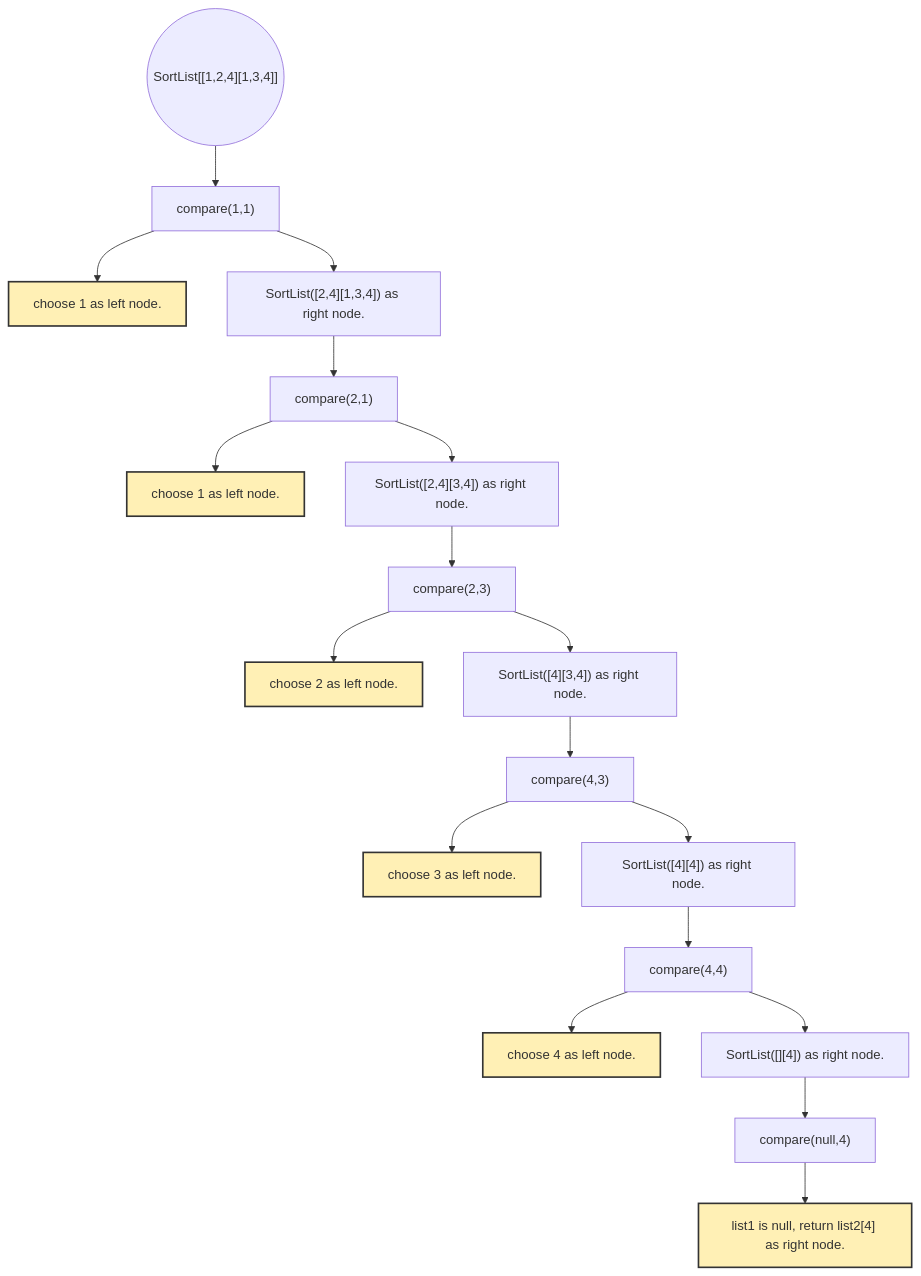
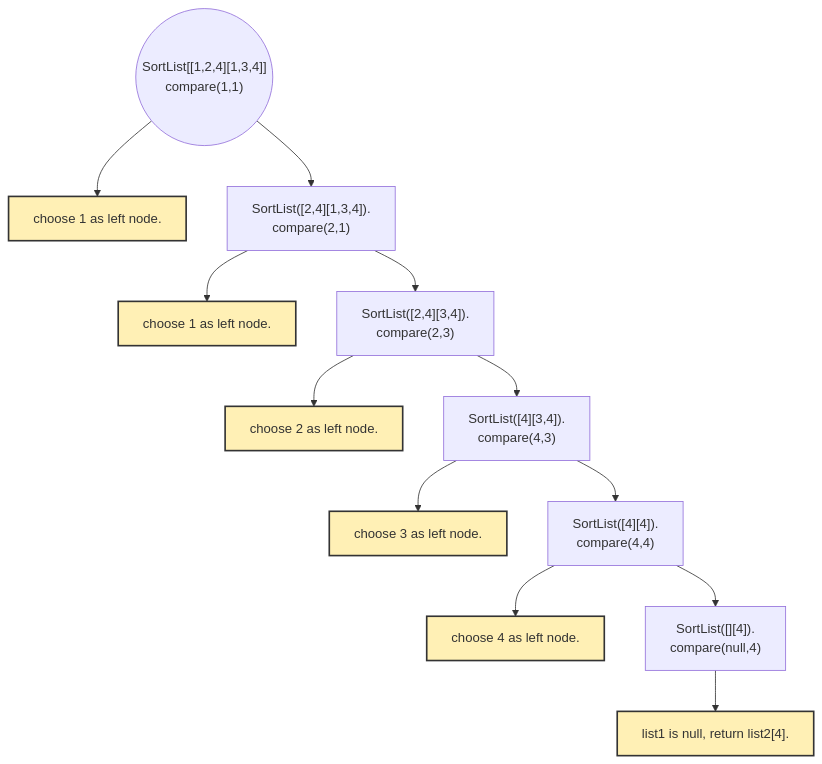
Before and after one commit to internetms52/leetcode-notes: the diagram in merge-two-sorted-lists/README.md, drawn with Mermaid.

````diff
--- a/merge-two-sorted-lists/README.md
+++ b/merge-two-sorted-lists/README.md
@@ -31,22 +31,16 @@
 ```mermaid
 flowchart TD
-  root(("SortList[[1,2,4][1,3,4]]"))-->A["compare(1,1)"]
-  A-->B["choose 1 as left node."]:::yellow
-  A-->C["SortList([2,4][1,3,4]) as right node."]
-  C-->D["compare(2,1)"]
-  D-->E["choose 1 as left node."]:::yellow
-  D-->F["SortList([2,4][3,4]) as right node."]
-  F-->G["compare(2,3)"]
-  G-->H["choose 2 as left node."]:::yellow
-  G-->I["SortList([4][3,4]) as right node."]
-  I-->J["compare(4,3)"]
-  J-->K["choose 3 as left node."]:::yellow
-  J-->L["SortList([4][4]) as right node."]
-  L-->M["compare(4,4)"]
-  M-->N["choose 4 as left node."]:::yellow
-  M-->O["SortList([][4]) as right node."]
-  O-->P["compare(null,4)"]
-  P-->Q["list1 is null, return list2[4] as right node."]:::yellow
+  root(("SortList[[1,2,4][1,3,4]]<br>compare(1,1)"))-->A["choose 1 as left node."]:::yellow
+  root-->B["SortList([2,4][1,3,4]).<br>compare(2,1)"]
+  B-->C["choose 1 as left node."]:::yellow
+  B-->D["SortList([2,4][3,4]).<br>compare(2,3)"]
+  D-->E["choose 2 as left node."]:::yellow
+  D-->F["SortList([4][3,4]).<br>compare(4,3)"]
+  F-->G["choose 3 as left node."]:::yellow
+  F-->H["SortList([4][4]).<br>compare(4,4)"]
+  H-->I["choose 4 as left node."]:::yellow
+  H-->J["SortList([][4]).<br>compare(null,4)"]
+  J-->K["list1 is null, return list2[4]."]:::yellow
 
 classDef yellow fill:#FFF0B5,stroke:#333,stroke-width:2px
 ```
````
